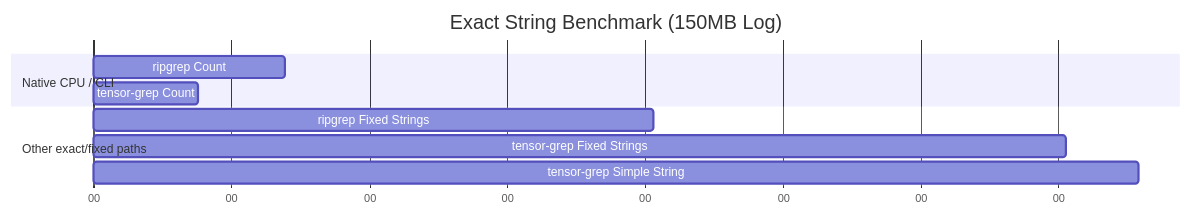
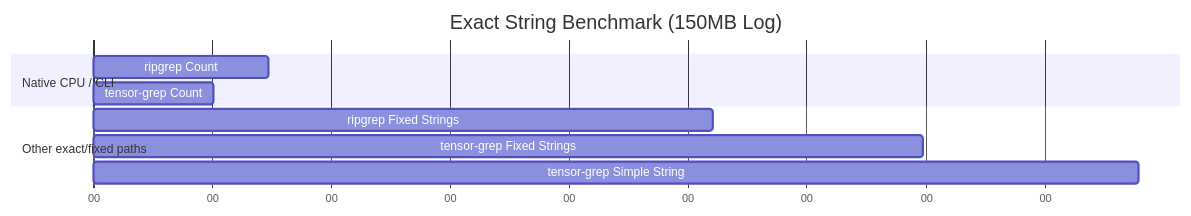
The third of 3 diagrams in docs/PAPER.md (oimiragieo/tensor-grep), drawn with Mermaid before and after one commit. The commit also changed other lines of this file and 2 other files, not shown here.

````diff
--- a/docs/PAPER.md
+++ b/docs/PAPER.md
@@ -125,15 +125,15 @@
 ```mermaid
 gantt
     title Exact String Benchmark (150MB Log)
     dateFormat  s
     axisFormat %S
     
     section Native CPU / CLI
-    ripgrep Count              :a1, 0, 0.139s
-    tensor-grep Count          :a2, 0, 0.076s
+    ripgrep Count              :a1, 0, 0.147s
+    tensor-grep Count          :a2, 0, 0.101s
     
     section Other exact/fixed paths
-    ripgrep Fixed Strings      :a3, 0, 0.406s
-    tensor-grep Fixed Strings  :a4, 0, 0.705s
-    tensor-grep Simple String  :a5, 0, 0.758s
+    ripgrep Fixed Strings      :a3, 0, 0.521s
+    tensor-grep Fixed Strings  :a4, 0, 0.698s
+    tensor-grep Simple String  :a5, 0, 0.879s
 ```
````
